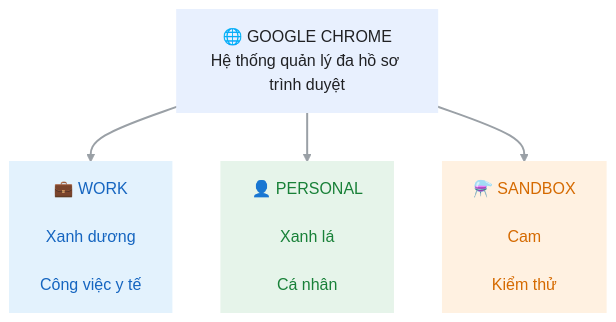
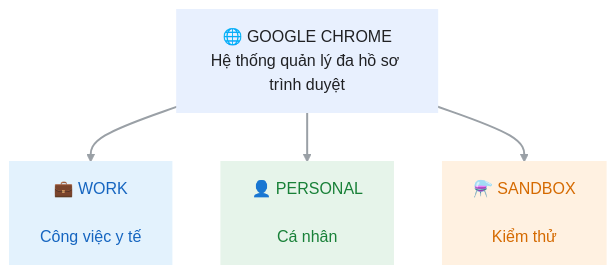
Before and after one commit to Duyanh2k8/HCM-KS26-CNTT1_NMCNTT_Session16_Ex09: the diagram in README.md, drawn with Mermaid (neutral theme).

Commit message:
Fix labels in flowchart in README.md

````diff
--- a/README.md
+++ b/README.md
@@ -24,20 +24,20 @@
 ```mermaid
 flowchart TB
   A["🌐 GOOGLE CHROME<br/>Hệ thống quản lý đa hồ sơ trình duyệt"]
 
-  A --> B["💼 WORK<br/><br/>Xanh dương<br/><br/>Công việc y tế"]
-  A --> C["👤 PERSONAL<br/><br/>Xanh lá<br/><br/>Cá nhân"]
-  A --> D["⚗️ SANDBOX<br/><br/>Cam<br/><br/>Kiểm thử"]
+  A --> B["💼 WORK<br/><br/>Công việc y tế"]
+  A --> C["👤 PERSONAL<br/><br/>Cá nhân"]
+  A --> D["⚗️ SANDBOX<br/><br/>Kiểm thử"]
 
   classDef chrome fill:#E8F0FE,stroke:#E8F0FE,color:#202124,stroke-width:2px
   classDef work fill:#E3F2FD,stroke:#E3F2FD,color:#1565C0,stroke-width:2px
   classDef personal fill:#E6F4EA,stroke:#E6F4EA,color:#188038,stroke-width:2px
   classDef sandbox fill:#FFF1E1,stroke:#FFF1E1,color:#D56A00,stroke-width:2px
 
   class A chrome
   class B work
   class C personal
   class D sandbox
 
   linkStyle default stroke:#9AA0A6,stroke-width:2px
 ```
````
